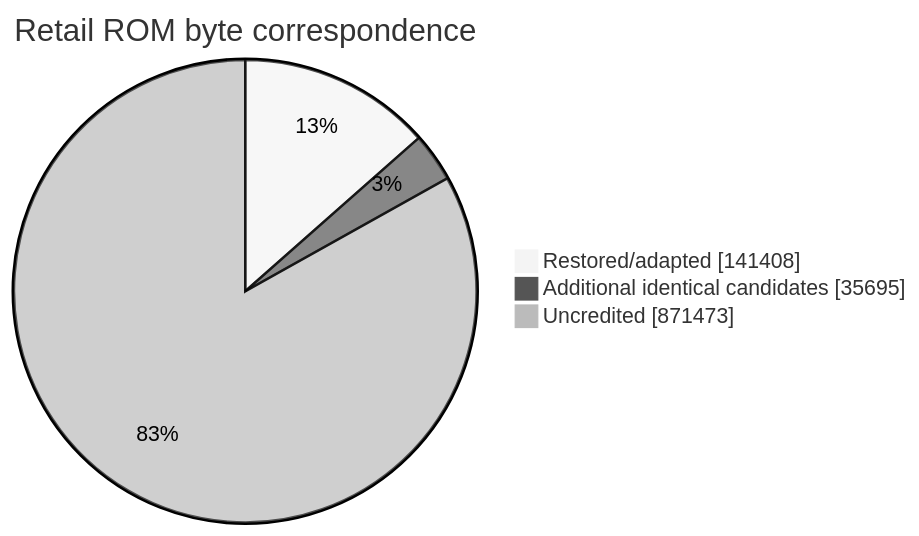
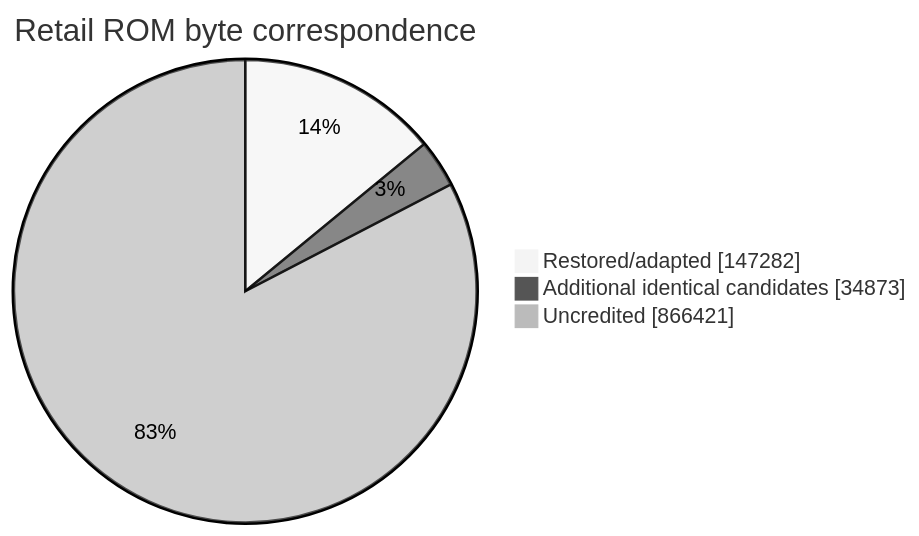
Before and after one commit to NachtRaveVL/stuntracefx: the second of 2 diagrams in readme.md, drawn with Mermaid (neutral theme). The commit also changed other lines of this file and 5 other files, not shown here.

````diff
--- a/readme.md
+++ b/readme.md
@@ -106,7 +106,7 @@
 ```mermaid
 pie showData
     title Retail ROM byte correspondence
-    "Restored/adapted" : 141408
-    "Additional identical candidates" : 35695
-    "Uncredited" : 871473
+    "Restored/adapted" : 147282
+    "Additional identical candidates" : 34873
+    "Uncredited" : 866421
 ```
````
